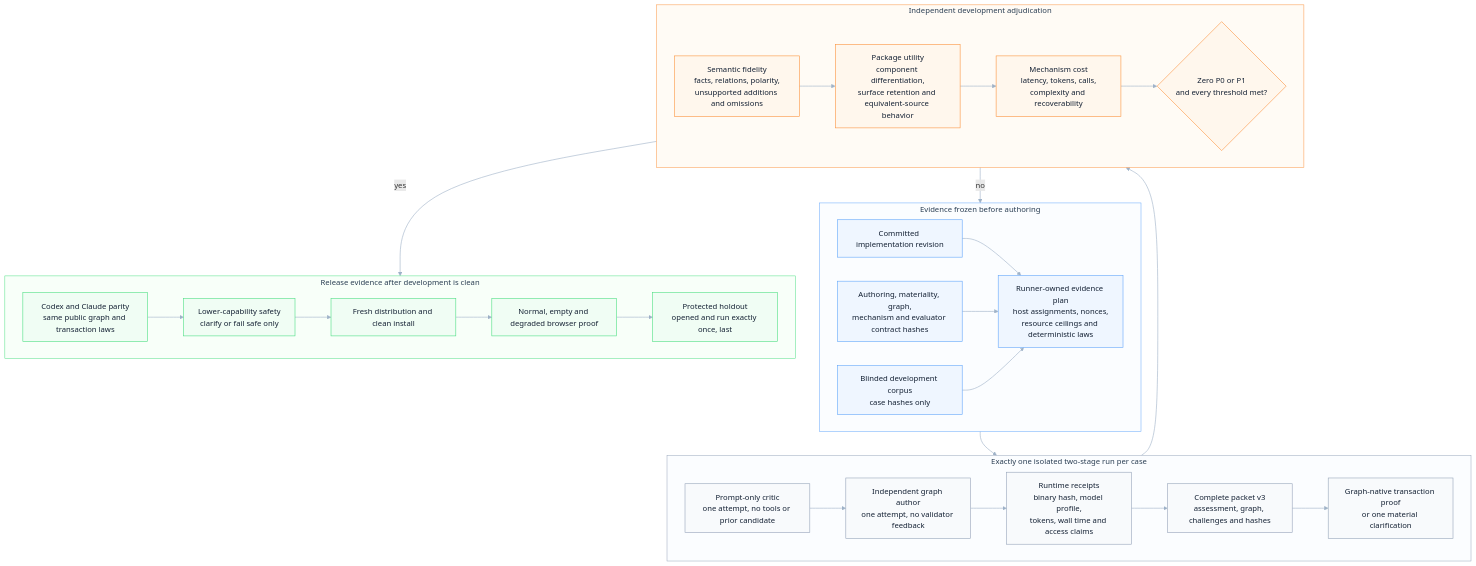
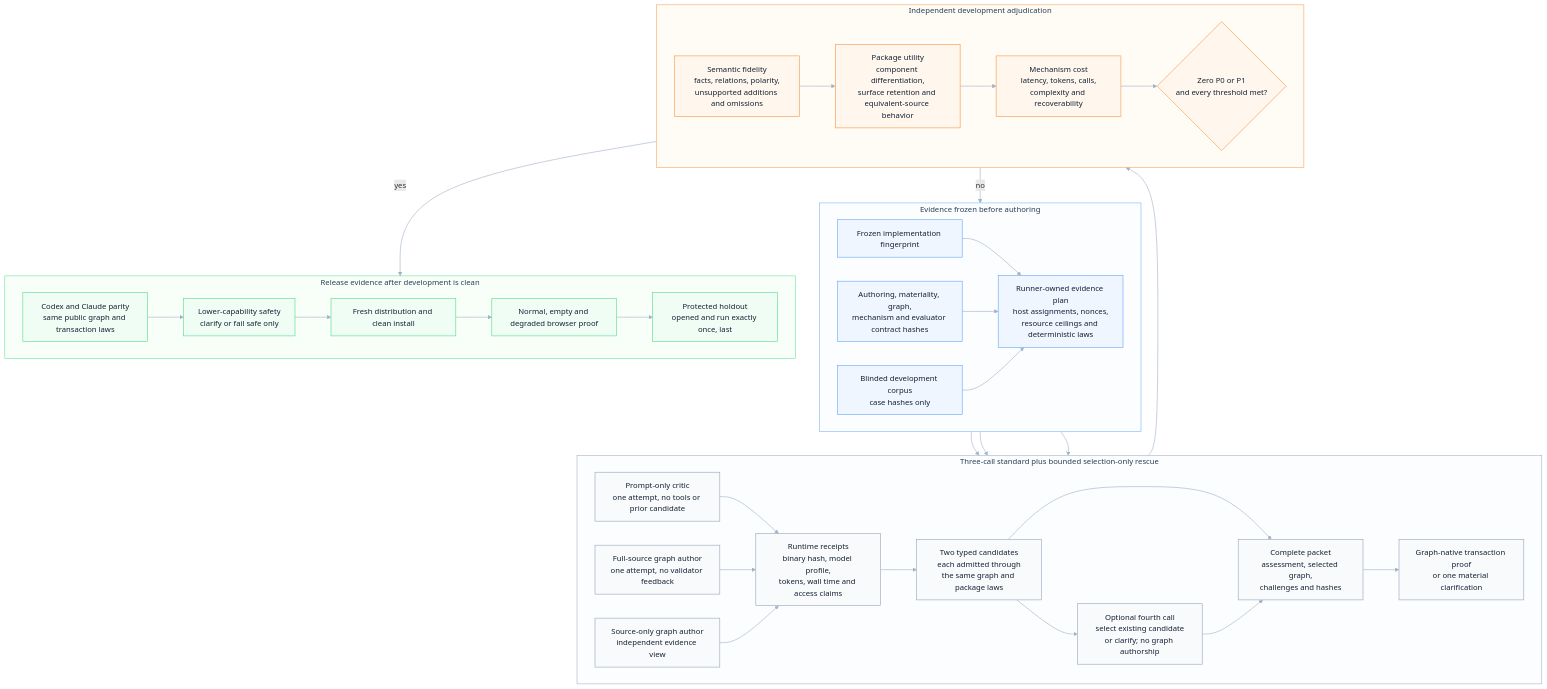
The diagram in odylith/atlas/source/greenfield-matrix-tiered-campaign-progress.mmd (odylith/odylith), drawn with Mermaid before and after one commit. The commit also changed 111 other files, not shown here.

Commit message:
Replace Greenfield rescue reauthoring with typed selection

```diff
--- a/odylith/atlas/source/greenfield-matrix-tiered-campaign-progress.mmd
+++ b/odylith/atlas/source/greenfield-matrix-tiered-campaign-progress.mmd
@@ -1,57 +1,68 @@
 flowchart TB
     subgraph frozen_inputs["Evidence frozen before authoring"]
       direction LR
-      revision["Committed implementation revision"]
+      revision["Frozen implementation fingerprint"]
       contracts["Authoring, materiality, graph,<br/>mechanism and evaluator contract hashes"]
       corpus["Blinded development corpus<br/>case hashes only"]
       plan["Runner-owned evidence plan<br/>host assignments, nonces,<br/>resource ceilings and deterministic laws"]
     end
 
-    subgraph per_case["Exactly one isolated two-stage run per case"]
+    subgraph per_case["Three-call standard plus bounded selection-only rescue"]
       direction LR
       critic["Prompt-only critic<br/>one attempt, no tools or prior candidate"]
-      author["Independent graph author<br/>one attempt, no validator feedback"]
+      full_author["Full-source graph author<br/>one attempt, no validator feedback"]
+      source_author["Source-only graph author<br/>independent evidence view"]
       receipts["Runtime receipts<br/>binary hash, model profile,<br/>tokens, wall time and access claims"]
-      packet["Complete packet v3<br/>assessment, graph, challenges and hashes"]
+      candidates["Two typed candidates<br/>each admitted through<br/>the same graph and package laws"]
+      selector["Optional fourth call<br/>select existing candidate<br/>or clarify; no graph authorship"]
+      packet["Complete packet<br/>assessment, selected graph,<br/>challenges and hashes"]
       transaction["Graph-native transaction proof<br/>or one material clarification"]
     end
 
     subgraph independent_proof["Independent development adjudication"]
       direction LR
       fidelity["Semantic fidelity<br/>facts, relations, polarity,<br/>unsupported additions and omissions"]
       utility["Package utility<br/>component differentiation,<br/>surface retention and equivalent-source behavior"]
       resources["Mechanism cost<br/>latency, tokens, calls,<br/>complexity and recoverability"]
       decision{"Zero P0 or P1<br/>and every threshold met?"}
     end
 
     subgraph release_gates["Release evidence after development is clean"]
       direction LR
       parity["Codex and Claude parity<br/>same public graph and transaction laws"]
       lower["Lower-capability safety<br/>clarify or fail safe only"]
       install["Fresh distribution and clean install"]
       browser["Normal, empty and degraded browser proof"]
       holdout["Protected holdout<br/>opened and run exactly once, last"]
     end
 
     revision --> plan
     contracts --> plan
     corpus --> plan
-    plan --> critic --> author --> receipts --> packet --> transaction
+    plan --> critic
+    plan --> full_author
+    plan --> source_author
+    critic --> receipts
+    full_author --> receipts
+    source_author --> receipts --> candidates
+    candidates --> selector
+    candidates --> packet
+    selector --> packet --> transaction
     transaction --> fidelity --> utility --> resources --> decision
     decision -- "no" --> revision
     decision -- "yes" --> parity --> lower --> install --> browser --> holdout
 
     classDef frozen fill:#EFF6FF,stroke:#60A5FA,color:#132033,stroke-width:1.2px;
     classDef run fill:#F8FAFC,stroke:#94A3B8,color:#132033,stroke-width:1.2px;
     classDef proof fill:#FFF7ED,stroke:#FB923C,color:#132033,stroke-width:1.2px;
     classDef release fill:#F0FDF4,stroke:#4ADE80,color:#132033,stroke-width:1.2px;
     class revision,contracts,corpus,plan frozen;
-    class critic,author,receipts,packet,transaction run;
+    class critic,full_author,source_author,receipts,candidates,selector,packet,transaction run;
     class fidelity,utility,resources,decision proof;
     class parity,lower,install,browser,holdout release;
 
     style frozen_inputs fill:#FBFDFF,stroke:#60A5FA,stroke-width:1px,color:#293D52
     style per_case fill:#FBFDFF,stroke:#94A3B8,stroke-width:1px,color:#293D52
     style independent_proof fill:#FFFBF5,stroke:#FB923C,stroke-width:1px,color:#293D52
     style release_gates fill:#F8FFF9,stroke:#4ADE80,stroke-width:1px,color:#293D52
     linkStyle default stroke:#9FB2C8,stroke-width:1.25px
```
